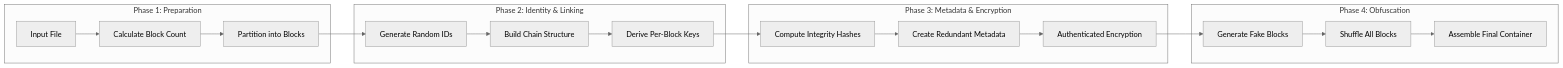
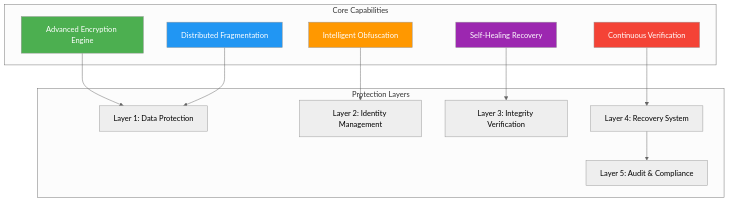
The first of 2 diagrams in README.md (Thunder9954/Markush_FECS), drawn with Mermaid (neutral theme) before and after one commit. The commit also changed other lines of this file, not shown here.

````diff
--- a/README.md
+++ b/README.md
@@ -87,25 +63,31 @@
 ```mermaid
-flowchart LR
-    subgraph Phase1["Phase 1: Preparation"]
-        A[Input File] --> B[Calculate Block Count]
-        B --> C[Partition into Blocks]
+graph TB
+    subgraph "Core Capabilities"
+        A[Advanced Encryption Engine]
+        B[Distributed Fragmentation]
+        C[Intelligent Obfuscation]
+        D[Self-Healing Recovery]
+        E[Continuous Verification]
     end
     
-    subgraph Phase2["Phase 2: Identity & Linking"]
-        C --> D[Generate Random IDs]
-        D --> E[Build Chain Structure]
-        E --> F[Derive Per-Block Keys]
+    subgraph "Protection Layers"
+        L1[Layer 1: Data Protection]
+        L2[Layer 2: Identity Management]
+        L3[Layer 3: Integrity Verification]
+        L4[Layer 4: Recovery System]
+        L5[Layer 5: Audit & Compliance]
     end
     
-    subgraph Phase3["Phase 3: Metadata & Encryption"]
-        F --> G[Compute Integrity Hashes]
-        G --> H[Create Redundant Metadata]
-        H --> I[Authenticated Encryption]
-    end
+    A --> L1
+    B --> L1
+    C --> L2
+    D --> L3
+    E --> L4
+    L4 --> L5
     
-    subgraph Phase4["Phase 4: Obfuscation"]
-        I --> J[Generate Fake Blocks]
-        J --> K[Shuffle All Blocks]
-        K --> L[Assemble Final Container]
-    end
+    style A fill:#4CAF50,color:#fff
+    style B fill:#2196F3,color:#fff
+    style C fill:#FF9800,color:#fff
+    style D fill:#9C27B0,color:#fff
+    style E fill:#F44336,color:#fff
 ```
````
